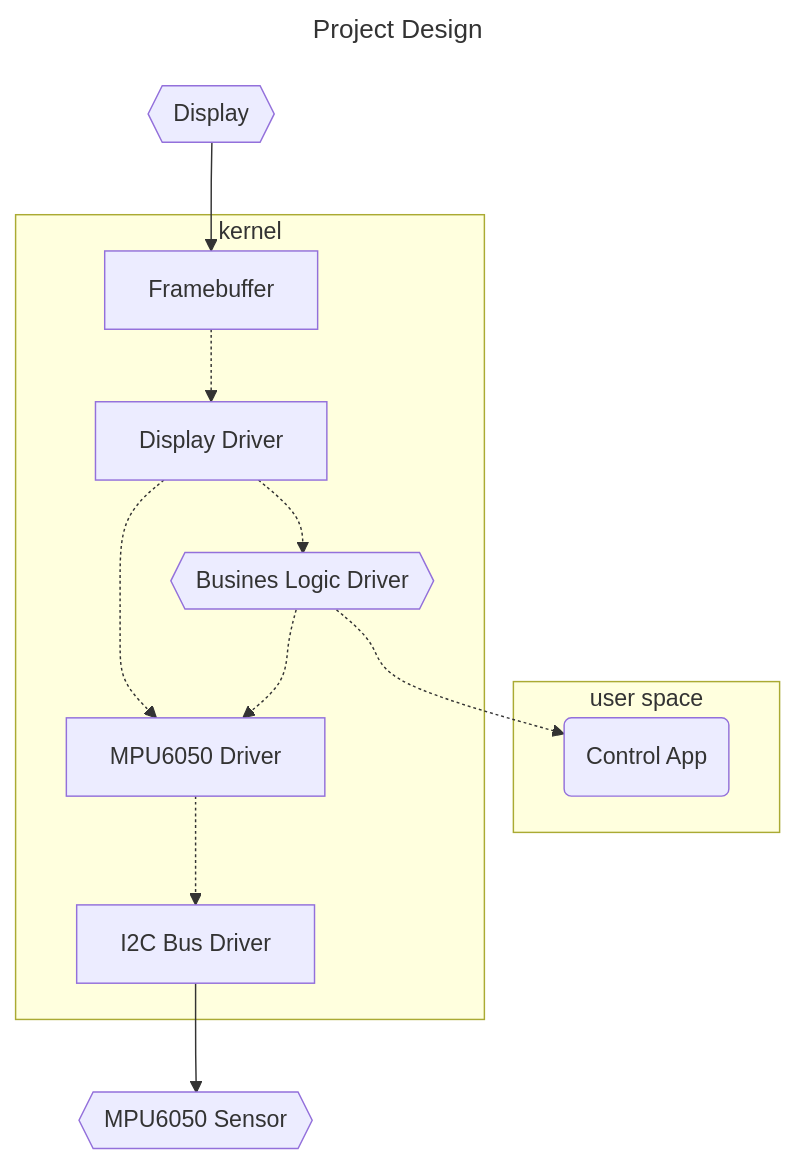
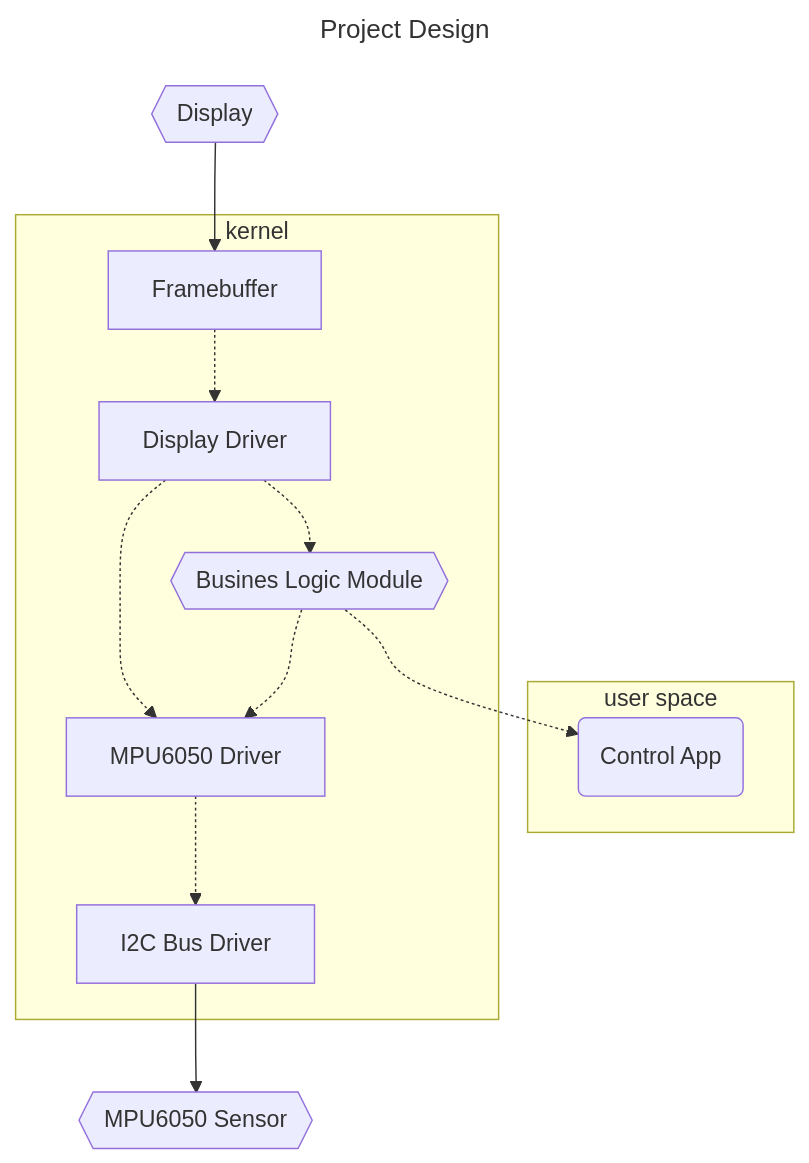
One commit to deesync/gl_kernel_Basecamp_Project changed the second of 2 diagrams in README.md. Above: the diagram before and after it, drawn with Mermaid. The commit also changed other lines of this file, not shown here.

````diff
--- a/README.md
+++ b/README.md
@@ -47,26 +47,26 @@
 ```mermaid
 ---
 title: Project Design
 ---
 flowchart
     mpu{{MPU6050 Sensor}}
     display{{Display}}
     
     subgraph uspace [user space]
       control(Control App)
     end
 
     subgraph modules [kernel]
-      bl_drv{{Busines Logic Driver}}
+      bl{{Busines Logic Module}}
       mpu_driver[MPU6050 Driver]
       display_driver[Display Driver]
       
       i2c_driver[I2C Bus Driver]
       fb[Framebuffer]
     end
     
-    bl_drv -.-> mpu_driver -.-> i2c_driver --> mpu
-    display --> fb -.-> display_driver -.-> bl_drv
-    bl_drv -.-> control
+    bl -.-> mpu_driver -.-> i2c_driver --> mpu
+    display --> fb -.-> display_driver -.-> bl
+    bl -.-> control
     display_driver -.-> mpu_driver
 ```
````
